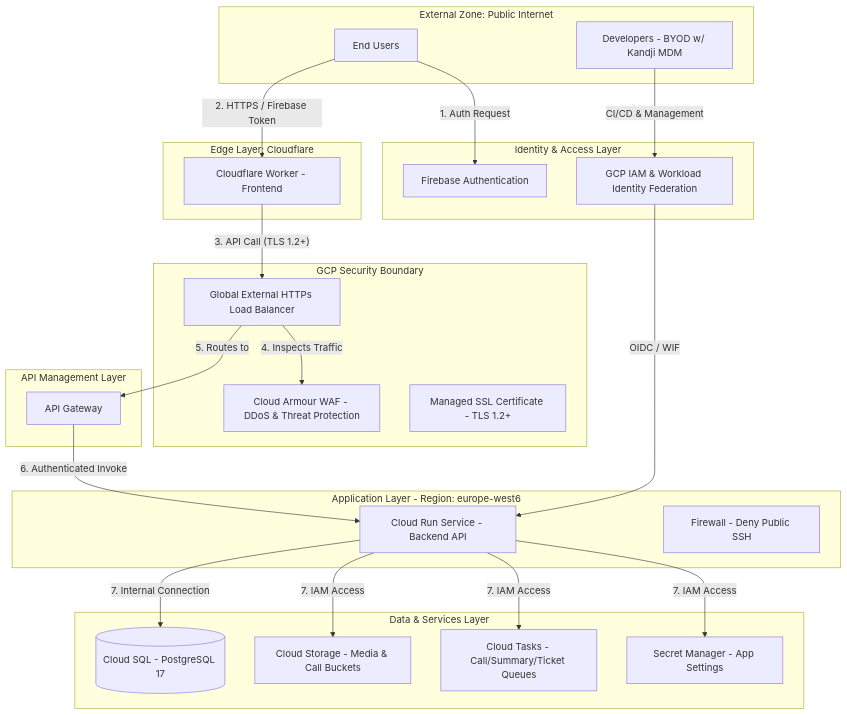
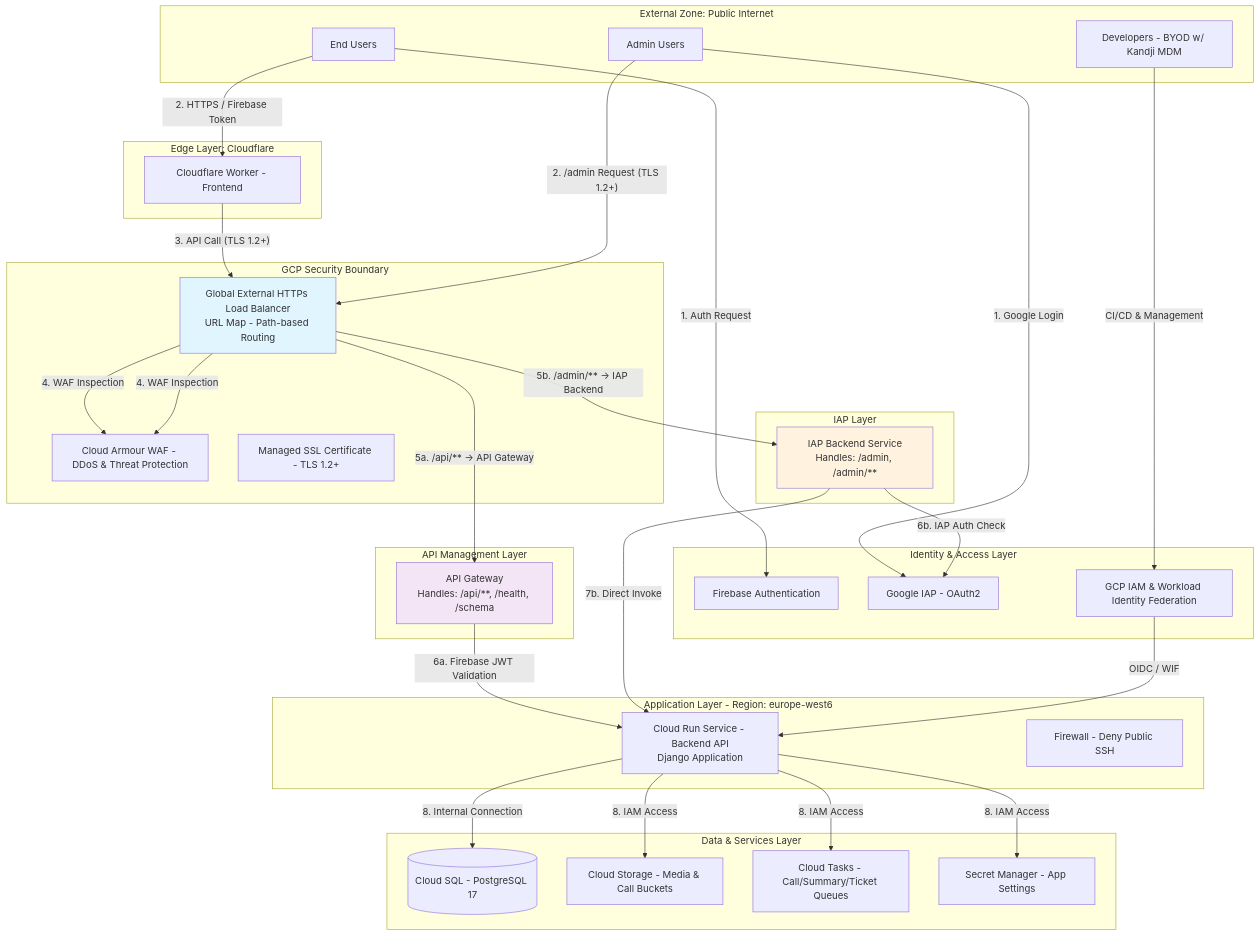
Before and after one commit to TellMeCH/tellme-app: the diagram in terraform/stacks/api_revision/README.md, drawn with Mermaid. The commit also changed other lines of this file and 8 other files, not shown here.

Commit message:
Enabling IAP for /admin

````diff
--- a/terraform/stacks/api_revision/README.md
+++ b/terraform/stacks/api_revision/README.md
@@ -11,54 +11,75 @@
 ```mermaid
 graph TD
     subgraph User_Zone [External Zone: Public Internet]
         EndUser[End Users]
+        AdminUser[Admin Users]
         Devs[Developers - BYOD w/ Kandji MDM]
     end
 
     subgraph Identity_Layer [Identity & Access Layer]
         Firebase[Firebase Authentication]
+        GoogleIAP[Google IAP - OAuth2]
         IAM[GCP IAM & Workload Identity Federation]
     end
 
     subgraph Edge_Zone [Edge Layer: Cloudflare]
         CFW[Cloudflare Worker - Frontend]
     end
 
     subgraph GCP_Boundary [GCP Security Boundary]
-        LB[Global External HTTPs Load Balancer]
+        LB[Global External HTTPs Load Balancer<br/>URL Map - Path-based Routing]
         CA[Cloud Armour WAF - DDoS & Threat Protection]
         SSL[Managed SSL Certificate - TLS 1.2+]
     end
 
     subgraph GCP_API_Mgmt [API Management Layer]
-        AGW[API Gateway]
+        AGW[API Gateway<br/>Handles: /api/**, /health, /schema]
+    end
+
+    subgraph GCP_IAP_Layer [IAP Layer]
+        IAPBackend[IAP Backend Service<br/>Handles: /admin, /admin/**]
     end
 
     subgraph GCP_Compute [Application Layer - Region: europe-west6]
-        CloudRun[Cloud Run Service - Backend API]
+        CloudRun[Cloud Run Service - Backend API<br/>Django Application]
         FW[Firewall - Deny Public SSH]
     end
 
     subgraph GCP_Data_Storage [Data & Services Layer]
         SQL[(Cloud SQL - PostgreSQL 17)]
         GCS[Cloud Storage - Media & Call Buckets]
         Tasks[Cloud Tasks - Call/Summary/Ticket Queues]
         Secrets[Secret Manager - App Settings]
     end
 
-    %% Data Flows
+    %% API Data Flows
     EndUser -- "1. Auth Request" --> Firebase
     EndUser -- "2. HTTPS / Firebase Token" --> CFW
     CFW -- "3. API Call (TLS 1.2+)" --> LB
-    LB -- "4. Inspects Traffic" --> CA
-    LB -- "5. Routes to" --> AGW
-    AGW -- "6. Authenticated Invoke" --> CloudRun
-    
-    CloudRun -- "7. Internal Connection" --> SQL
-    CloudRun -- "7. IAM Access" --> GCS
-    CloudRun -- "7. IAM Access" --> Tasks
-    CloudRun -- "7. IAM Access" --> Secrets
+    LB -- "4. WAF Inspection" --> CA
+    LB -- "5a. /api/** → API Gateway" --> AGW
+    AGW -- "6a. Firebase JWT Validation" --> CloudRun
 
+    %% Admin Data Flows
+    AdminUser -- "1. Google Login" --> GoogleIAP
+    AdminUser -- "2. /admin Request (TLS 1.2+)" --> LB
+    LB -- "4. WAF Inspection" --> CA
+    LB -- "5b. /admin/** → IAP Backend" --> IAPBackend
+    IAPBackend -- "6b. IAP Auth Check" --> GoogleIAP
+    IAPBackend -- "7b. Direct Invoke" --> CloudRun
+
+    %% Internal Connections
+    CloudRun -- "8. Internal Connection" --> SQL
+    CloudRun -- "8. IAM Access" --> GCS
+    CloudRun -- "8. IAM Access" --> Tasks
+    CloudRun -- "8. IAM Access" --> Secrets
+
+    %% CI/CD Flow
     Devs -- "CI/CD & Management" --> IAM
     IAM -- "OIDC / WIF" --> CloudRun
+
+    %% Styling
+    style LB fill:#e1f5ff
+    style IAPBackend fill:#fff3e0
+    style AGW fill:#f3e5f5
 ```
````
